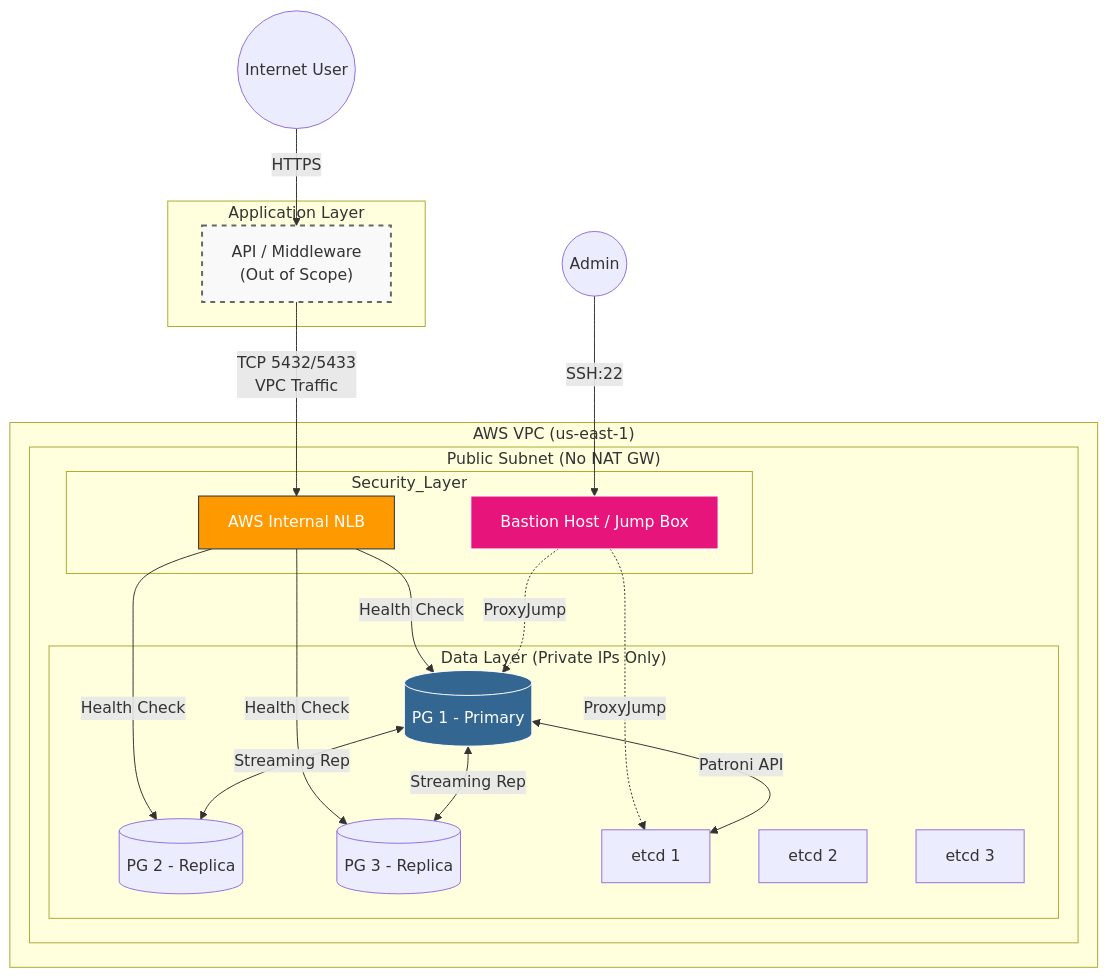
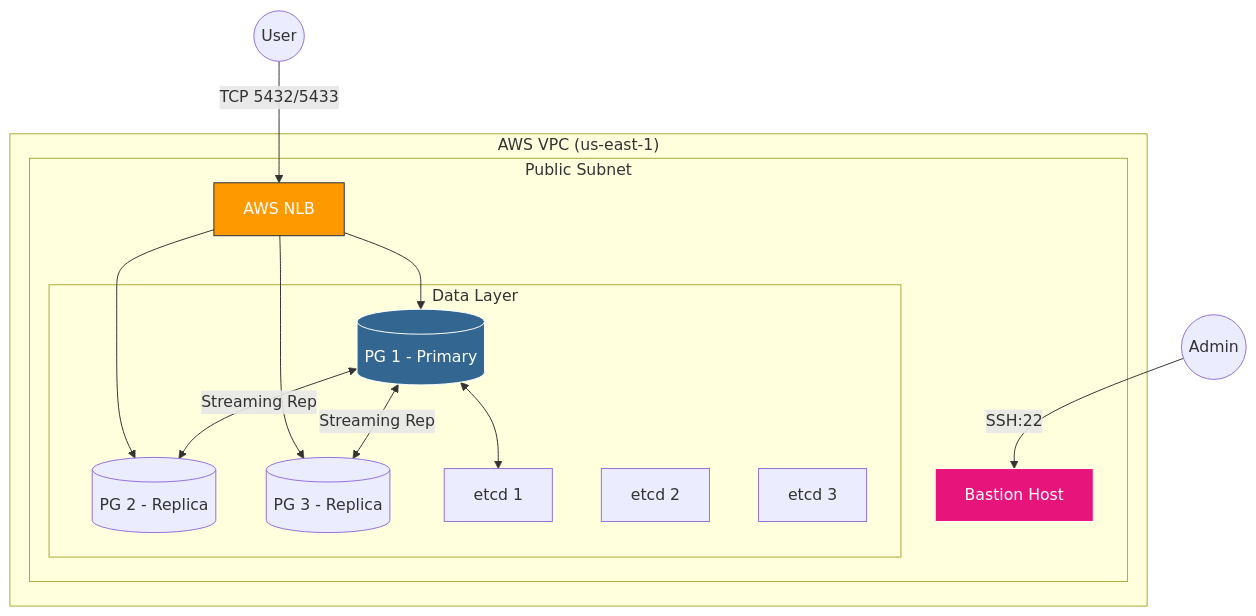
Before and after one commit to jean-souto/postgresql-ha-ec2: the first of 2 diagrams in README.md, drawn with Mermaid. The commit also changed other lines of this file and 3 other files, not shown here.

````diff
--- a/README.md
+++ b/README.md
@@ -39,47 +41,32 @@
 ```mermaid
 graph TD
-    User((Internet User)) -->|HTTPS| API
-    Admin((Admin)) -->|SSH:22| Bastion[Bastion Host / Jump Box]
-
-    subgraph App_Layer ["Application Layer"]
-        API["API / Middleware<br/>(Out of Scope)"]
-    end
-
-    API -->|TCP 5432/5433<br/>VPC Traffic| NLB[AWS Internal NLB]
+    User((User)) -->|TCP 5432/5433| NLB[AWS NLB]
+    Admin((Admin)) -->|SSH:22| Bastion[Bastion Host]
 
     subgraph AWS_VPC ["AWS VPC (us-east-1)"]
-        subgraph Public_Subnet ["Public Subnet (No NAT GW)"]
+        subgraph Public_Subnet ["Public Subnet"]
+            Bastion
+            NLB
 
-            subgraph Security_Layer
-                Bastion
-                NLB
-            end
-
-            subgraph Data_Layer ["Data Layer (Private IPs Only)"]
+            subgraph Data_Layer ["Data Layer"]
                 PG1[(PG 1 - Primary)]
                 PG2[(PG 2 - Replica)]
                 PG3[(PG 3 - Replica)]
-
                 ETCD1[etcd 1]
                 ETCD2[etcd 2]
                 ETCD3[etcd 3]
             end
         end
     end
 
-    NLB -->|Health Check| PG1
-    NLB -->|Health Check| PG2
-    NLB -->|Health Check| PG3
-
-    Bastion -.->|ProxyJump| PG1
-    Bastion -.->|ProxyJump| ETCD1
-
-    PG1 <-->|Patroni API| ETCD1
+    NLB --> PG1
+    NLB --> PG2
+    NLB --> PG3
+    PG1 <--> ETCD1
     PG1 <-->|Streaming Rep| PG2
     PG1 <-->|Streaming Rep| PG3
 
     style NLB fill:#ff9900,stroke:#232f3e,color:white
     style PG1 fill:#336791,stroke:#fff,color:white
     style Bastion fill:#e7157b,stroke:#fff,color:white
-    style API fill:#f9f9f9,stroke:#666,stroke-width:2px,stroke-dasharray: 5 5,color:#333
 ```
````
